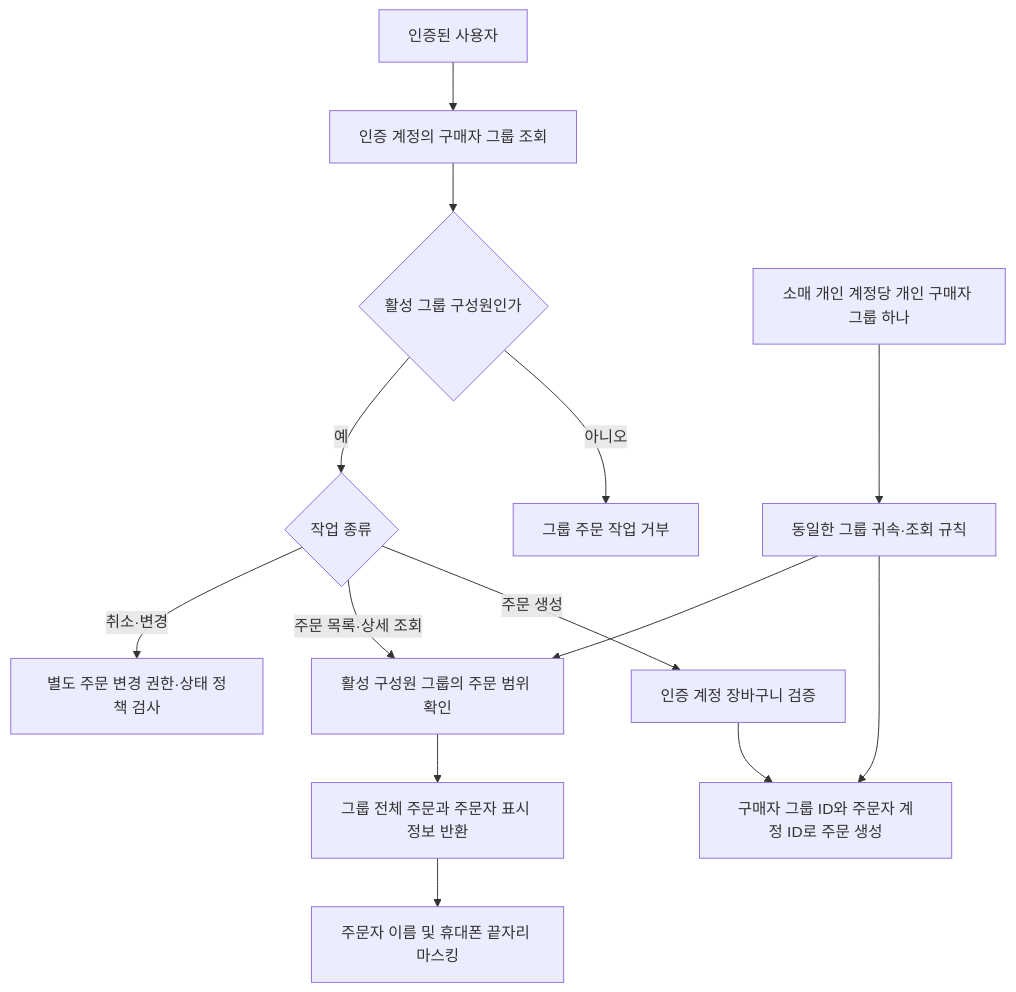
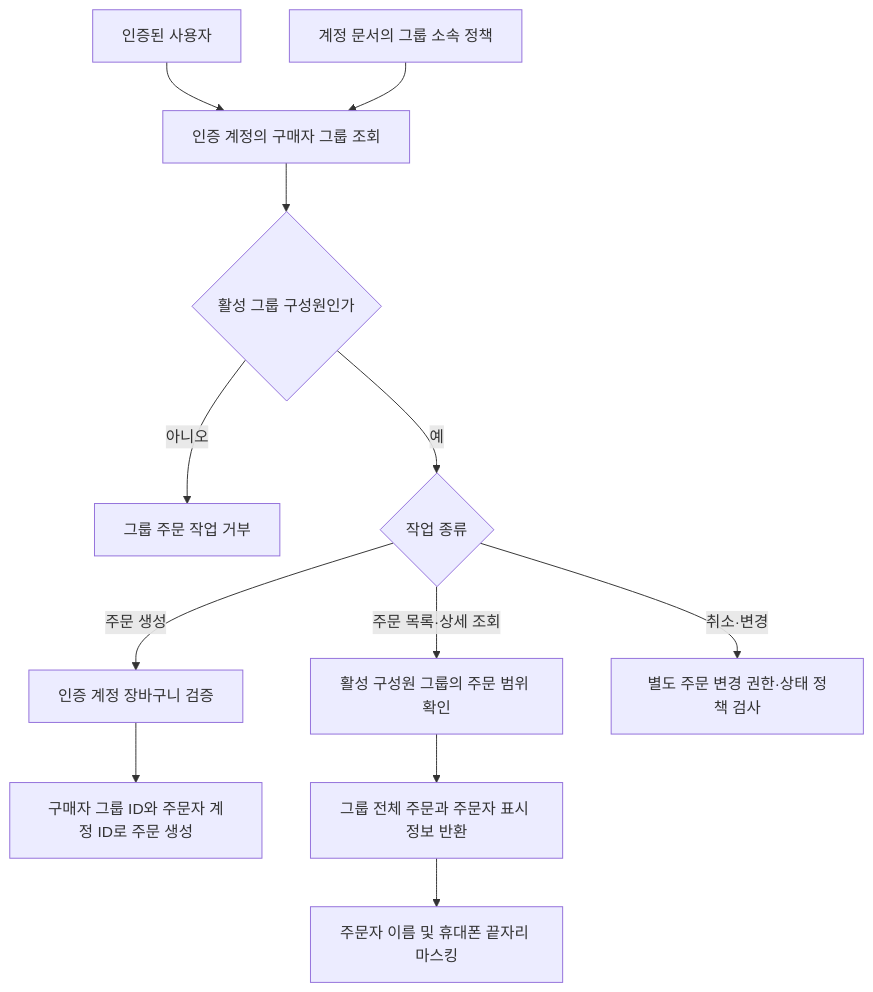
The third of 3 diagrams in docs/services/order.md (DongHyeonEom/umji-market-api), drawn with Mermaid before and after one commit. The commit also changed other lines of this file and 2 other files, not shown here.

Commit message:
docs: separate group and order policy ownership

````diff
--- a/docs/services/order.md
+++ b/docs/services/order.md
@@ -183,16 +180,14 @@
 ```mermaid
 flowchart TD
     USER[인증된 사용자] --> GROUP[인증 계정의 구매자 그룹 조회]
     GROUP --> MEMBER{활성 그룹 구성원인가}
     MEMBER -- 아니오 --> DENY[그룹 주문 작업 거부]
     MEMBER -- 예 --> ACTION{작업 종류}
     ACTION -- 주문 생성 --> CART[인증 계정 장바구니 검증]
     CART --> ORDER[구매자 그룹 ID와 주문자 계정 ID로 주문 생성]
     ACTION -- 주문 목록·상세 조회 --> SCOPE[활성 구성원 그룹의 주문 범위 확인]
     SCOPE --> ALL[그룹 전체 주문과 주문자 표시 정보 반환]
     ALL --> MASK[주문자 이름 및 휴대폰 끝자리 마스킹]
     ACTION -- 취소·변경 --> MUTATE[별도 주문 변경 권한·상태 정책 검사]
-    RETAIL[소매 개인 계정당 개인 구매자 그룹 하나] --> ORG[동일한 그룹 귀속·조회 규칙]
-    ORG --> ORDER
-    ORG --> SCOPE
+    GROUPPOLICY[계정 문서의 그룹 소속 정책] --> GROUP
 ```
````
